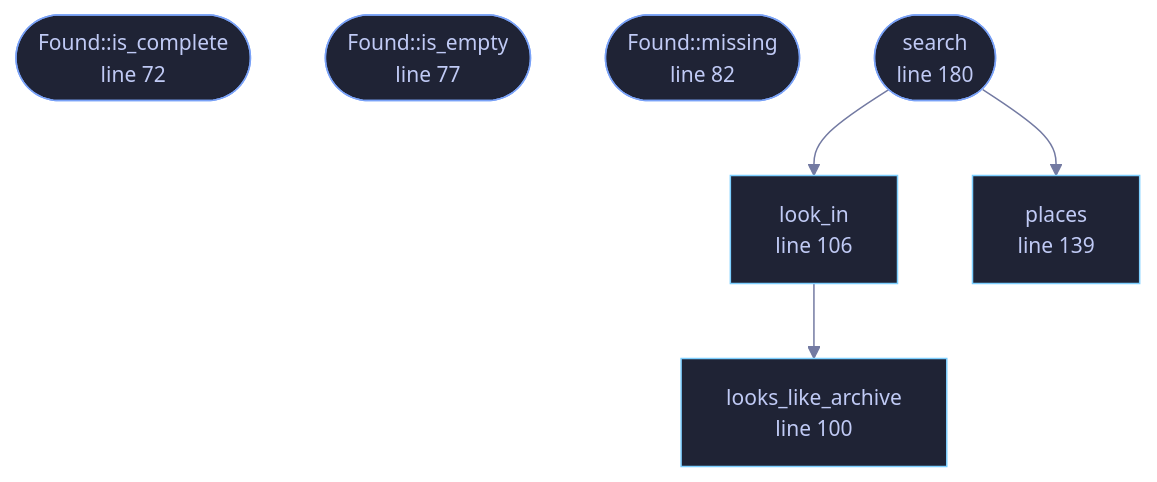
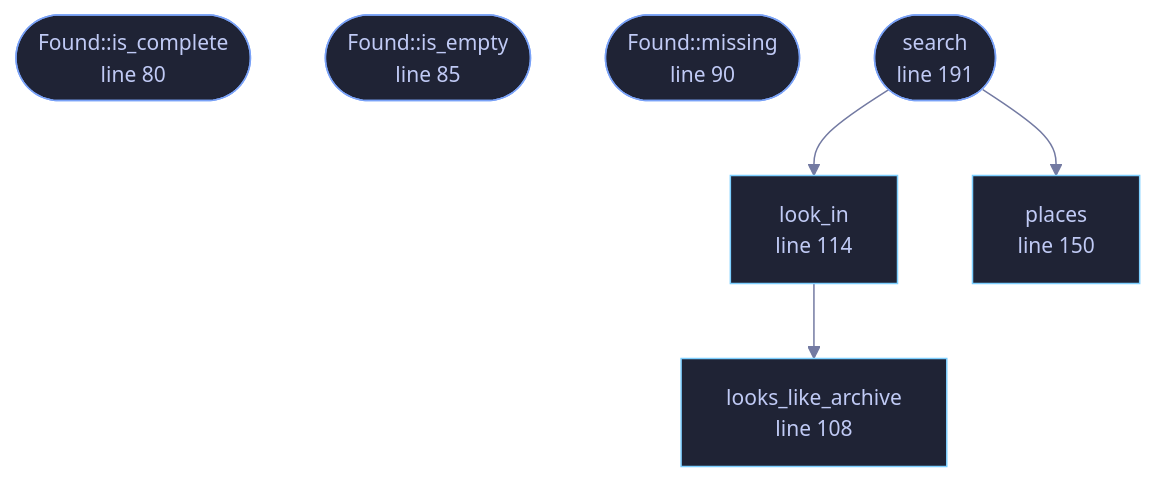
One commit to tilas01/veilvoice changed the diagram in docs/files/veilvoice-verify/discover.md. Above: the diagram before and after it, drawn with Mermaid. The commit also changed other lines of this file and 108 other files, not shown here.

````diff
--- a/docs/files/veilvoice-verify/discover.md
+++ b/docs/files/veilvoice-verify/discover.md
@@ -104,25 +104,25 @@
 ```mermaid
 %%{init: {"theme":"base","themeVariables":{"background":"#1a1b26","primaryColor":"#1f2335","primaryTextColor":"#c0caf5","primaryBorderColor":"#7aa2f7","secondaryColor":"#16161e","tertiaryColor":"#16161e","lineColor":"#737aa2","textColor":"#c0caf5","mainBkg":"#1f2335","nodeBorder":"#7aa2f7","clusterBkg":"#16161e","clusterBorder":"#2f3549","fontFamily":"ui-monospace, SFMono-Regular, Consolas, monospace","fontSize":"14px"}}}%%
 flowchart TD
-    n_is_complete(["Found::is_complete<br/>line 72"])
-    n_is_empty(["Found::is_empty<br/>line 77"])
-    n_missing(["Found::missing<br/>line 82"])
-    n_looks_like_archive["looks_like_archive<br/>line 100"]
-    n_look_in["look_in<br/>line 106"]
-    n_places["places<br/>line 139"]
-    n_search(["search<br/>line 180"])
+    n_is_complete(["Found::is_complete<br/>line 80"])
+    n_is_empty(["Found::is_empty<br/>line 85"])
+    n_missing(["Found::missing<br/>line 90"])
+    n_looks_like_archive["looks_like_archive<br/>line 108"]
+    n_look_in["look_in<br/>line 114"]
+    n_places["places<br/>line 150"]
+    n_search(["search<br/>line 191"])
     n_look_in --> n_looks_like_archive
     n_search --> n_look_in
     n_search --> n_places
-    click n_is_complete href "https://github.com/tilas01/veilvoice/blob/main/crates/veilvoice-verify/src/discover.rs#L72" "open the source"
-    click n_is_empty href "https://github.com/tilas01/veilvoice/blob/main/crates/veilvoice-verify/src/discover.rs#L77" "open the source"
-    click n_missing href "https://github.com/tilas01/veilvoice/blob/main/crates/veilvoice-verify/src/discover.rs#L82" "open the source"
-    click n_looks_like_archive href "https://github.com/tilas01/veilvoice/blob/main/crates/veilvoice-verify/src/discover.rs#L100" "open the source"
-    click n_look_in href "https://github.com/tilas01/veilvoice/blob/main/crates/veilvoice-verify/src/discover.rs#L106" "open the source"
-    click n_places href "https://github.com/tilas01/veilvoice/blob/main/crates/veilvoice-verify/src/discover.rs#L139" "open the source"
-    click n_search href "https://github.com/tilas01/veilvoice/blob/main/crates/veilvoice-verify/src/discover.rs#L180" "open the source"
+    click n_is_complete href "https://github.com/tilas01/veilvoice/blob/main/crates/veilvoice-verify/src/discover.rs#L80" "open the source"
+    click n_is_empty href "https://github.com/tilas01/veilvoice/blob/main/crates/veilvoice-verify/src/discover.rs#L85" "open the source"
+    click n_missing href "https://github.com/tilas01/veilvoice/blob/main/crates/veilvoice-verify/src/discover.rs#L90" "open the source"
+    click n_looks_like_archive href "https://github.com/tilas01/veilvoice/blob/main/crates/veilvoice-verify/src/discover.rs#L108" "open the source"
+    click n_look_in href "https://github.com/tilas01/veilvoice/blob/main/crates/veilvoice-verify/src/discover.rs#L114" "open the source"
+    click n_places href "https://github.com/tilas01/veilvoice/blob/main/crates/veilvoice-verify/src/discover.rs#L150" "open the source"
+    click n_search href "https://github.com/tilas01/veilvoice/blob/main/crates/veilvoice-verify/src/discover.rs#L191" "open the source"
     classDef entry fill:#1f2335,stroke:#7aa2f7,color:#c0caf5
     class n_is_complete,n_is_empty,n_missing,n_search entry
     classDef api fill:#1f2335,stroke:#7dcfff,color:#c0caf5
     class n_looks_like_archive,n_look_in,n_places api
 ```
````
